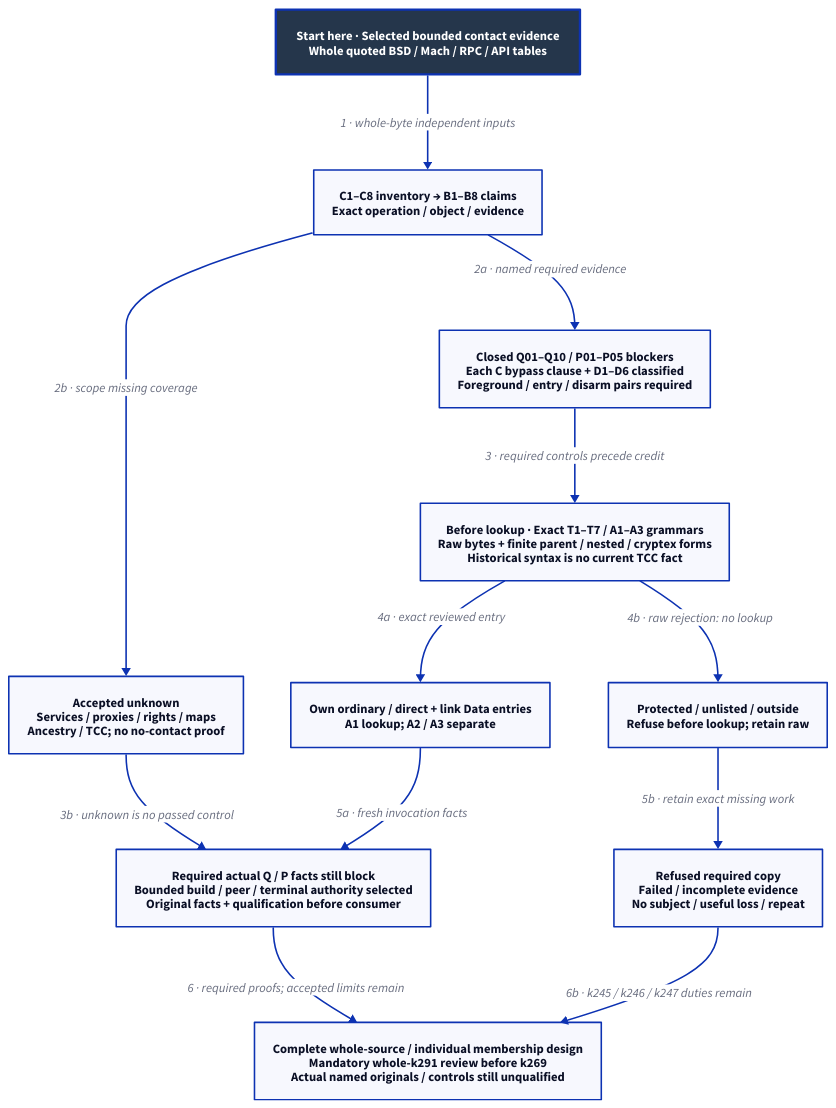
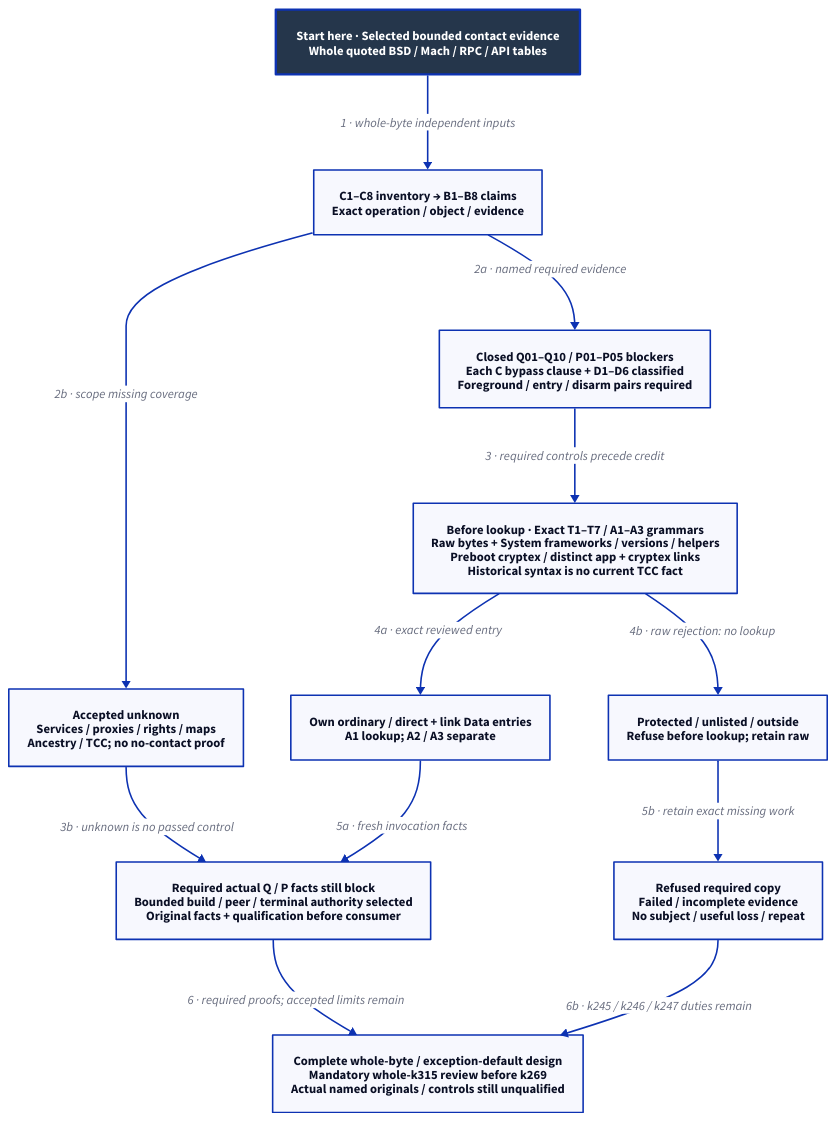
One commit to Linkuistics/Koine changed the diagram in docs/design/architecture/native-reference-contact.d2. Above: the diagram before and after it, drawn with D2. The commit also changed 52 other files, not shown here.

```diff
--- a/docs/design/architecture/native-reference-contact.d2
+++ b/docs/design/architecture/native-reference-contact.d2
@@ -1,26 +1,26 @@
 # Selected bounded contact/pre-lookup design; no control or target evidence supplied.
 direction: down
 classes: {
   start: {style: {fill: "#25364B"; font-color: "#FFFFFF"; bold: true; stroke-width: 3}}
 }
 Start: "Start here · Selected bounded contact evidence\nWhole quoted BSD / Mach / RPC / API tables" {class: start}
 Claims: "C1–C8 inventory → B1–B8 claims\nExact operation / object / evidence"
 Controls: "Closed Q01–Q10 / P01–P05 blockers\nEach C bypass clause + D1–D6 classified\nForeground / entry / disarm pairs required"
 Unknown: "Accepted unknown\nServices / proxies / rights / maps\nAncestry / TCC; no no-contact proof"
-Policy: "Before lookup · Exact T1–T7 / A1–A3 grammars\nRaw bytes + finite parent / nested / cryptex forms\nHistorical syntax is no current TCC fact"
+Policy: "Before lookup · Exact T1–T7 / A1–A3 grammars\nRaw bytes + System frameworks / versions / helpers\nPreboot cryptex / distinct app + cryptex links\nHistorical syntax is no current TCC fact"
 Allowed: "Own ordinary / direct + link Data entries\nA1 lookup; A2 / A3 separate"
 Refuse: "Protected / unlisted / outside\nRefuse before lookup; retain raw"
 Gate: "Required actual Q / P facts still block\nBounded build / peer / terminal authority selected\nOriginal facts + qualification before consumer"
 Failed: "Refused required copy\nFailed / incomplete evidence\nNo subject / useful loss / repeat"
-Whole: "Complete whole-source / individual membership design\nMandatory whole-k291 review before k269\nActual named originals / controls still unqualified"
+Whole: "Complete whole-byte / exception-default design\nMandatory whole-k315 review before k269\nActual named originals / controls still unqualified"
 Start -> Claims: "1 · whole-byte independent inputs"
 Claims -> Controls: "2a · named required evidence"
 Claims -> Unknown: "2b · scope missing coverage"
 Controls -> Policy: "3 · required controls precede credit"
 Unknown -> Gate: "3b · unknown is no passed control"
 Policy -> Allowed: "4a · exact reviewed entry"
 Policy -> Refuse: "4b · raw rejection: no lookup"
 Allowed -> Gate: "5a · fresh invocation facts"
 Refuse -> Failed: "5b · retain exact missing work"
 Gate -> Whole: "6 · required proofs; accepted limits remain"
 Failed -> Whole: "6b · k245 / k246 / k247 duties remain"
```
